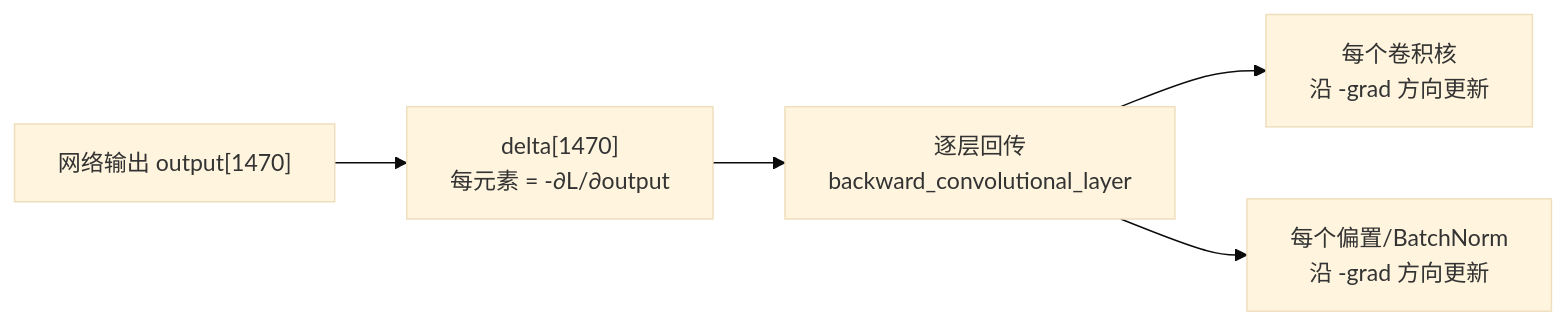
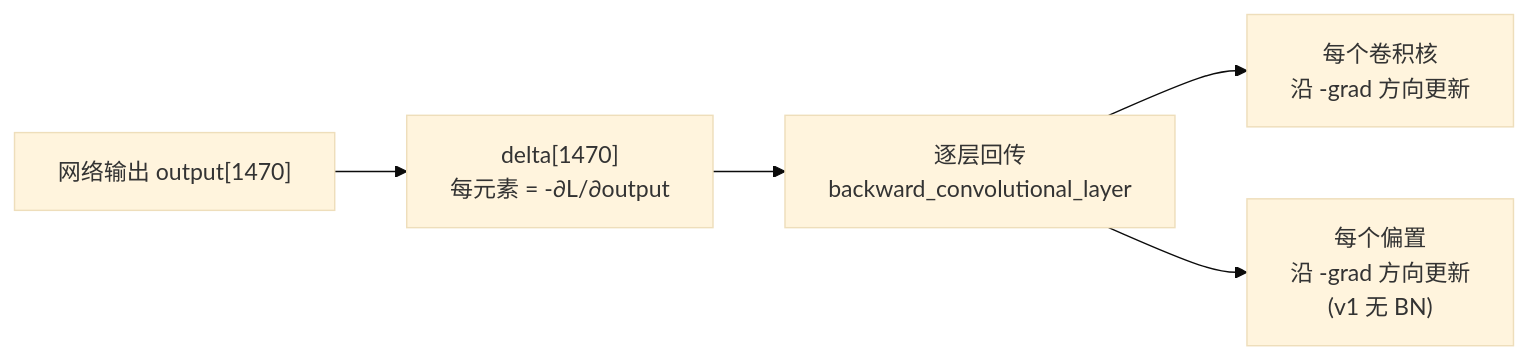
Before and after one commit to yejinlei/agent-yolo: the first of 5 diagrams in docs/versions/v1/loss-gradient.md, drawn with Mermaid (base theme). The commit also changed other lines of this file and 27 other files, not shown here.

First line of the commit message:
docs(v1): SVG 原理图组件 + 源码可点击跳转 + 全站事实校准

````diff
--- a/docs/versions/v1/loss-gradient.md
+++ b/docs/versions/v1/loss-gradient.md
@@ -25,7 +25,7 @@
 ```mermaid
 flowchart LR
     OUT["网络输出 output[1470]"] --> DELTA["delta[1470]<br/>每元素 = -∂L/∂output"]
     DELTA --> CONV["逐层回传<br/>backward_convolutional_layer"]
     CONV --> W["每个卷积核<br/>沿 -grad 方向更新"]
-    CONV --> D["每个偏置/BatchNorm<br/>沿 -grad 方向更新"]
+    CONV --> D["每个偏置<br/>沿 -grad 方向更新<br/>(v1 无 BN)"]
 ```
````
